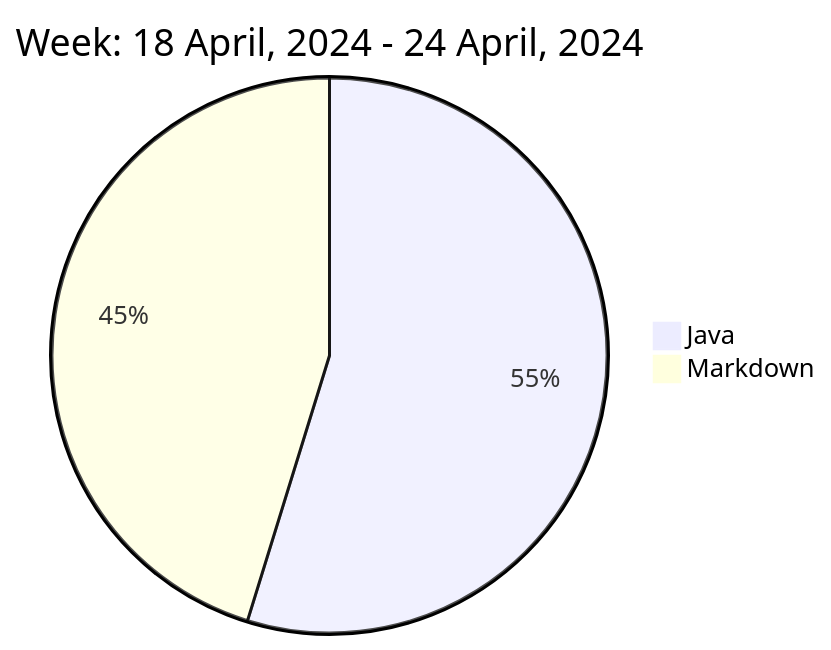
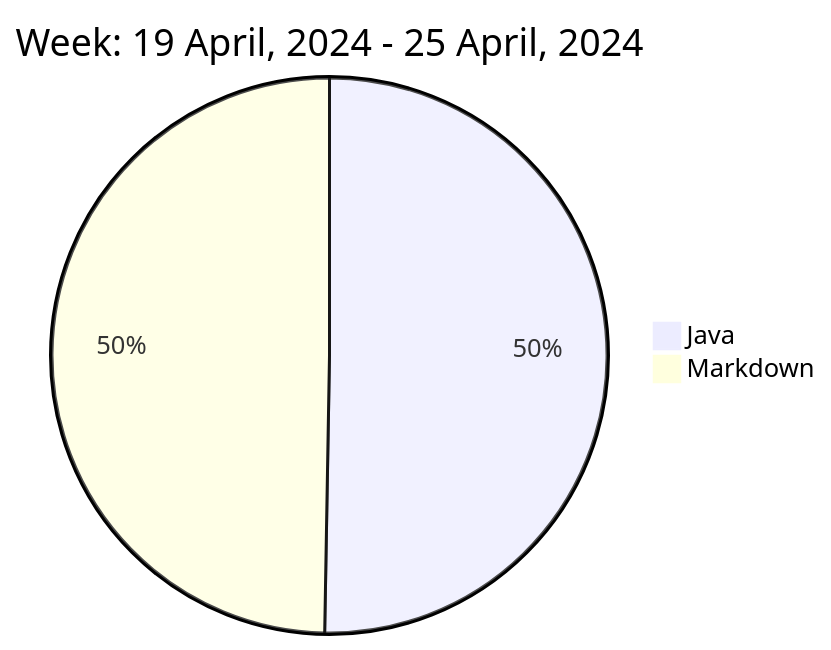
One commit to liubin95/liubin95 changed the diagram in README.md. Above: the diagram before and after it, drawn with Mermaid.

Commit message:
Updated the Graph with new Metrics

````diff
--- a/README.md
+++ b/README.md
@@ -37,6 +37,6 @@
 ```mermaid
  pie
-title Week: 18 April, 2024 - 24 April, 2024
- "Java" : 3.27
+title Week: 19 April, 2024 - 25 April, 2024
+ "Java" : 2.73
  "Markdown" : 2.7
 ```
````
